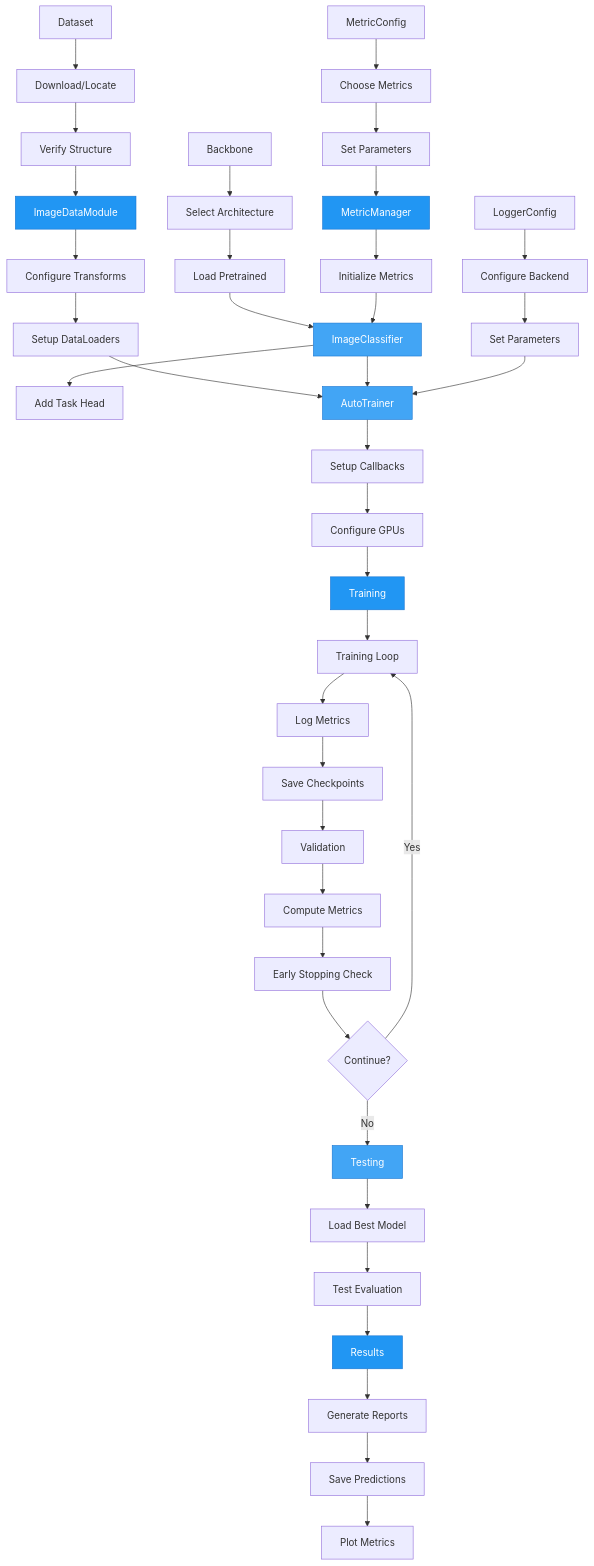
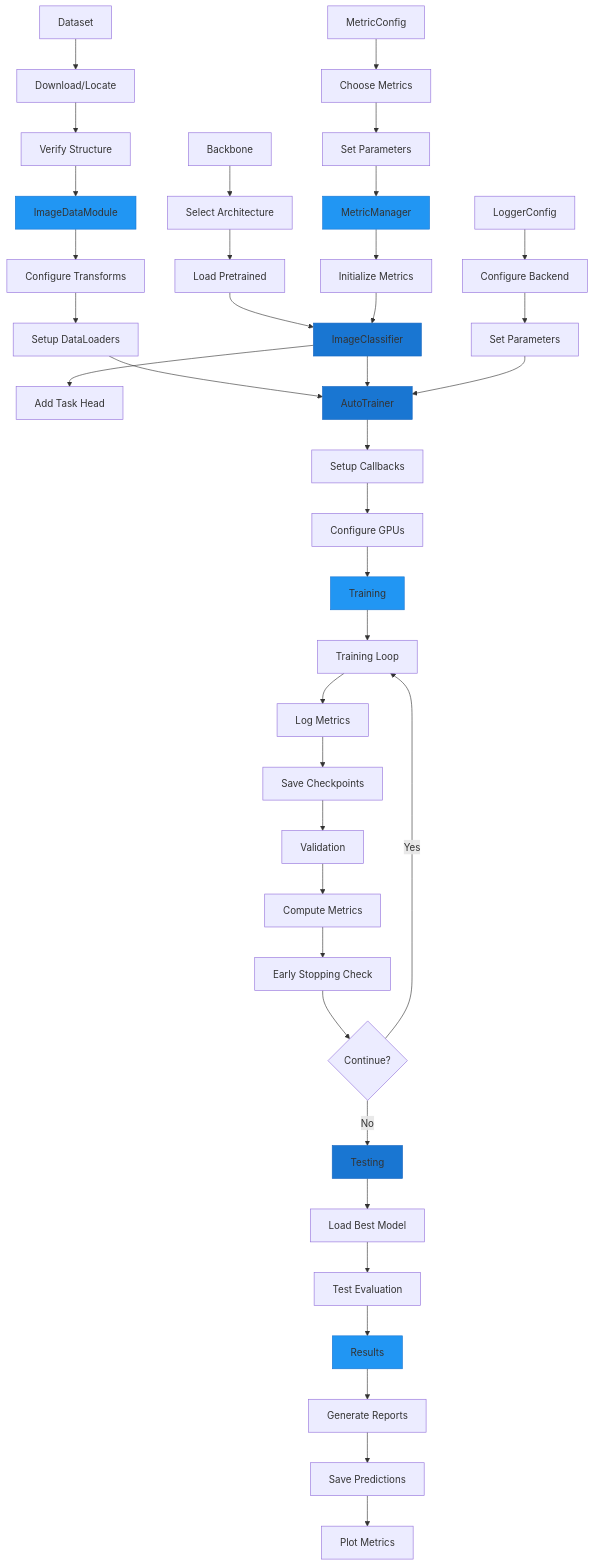
Before and after one commit to theja-vanka/AutoTimm: the diagram in docs/examples/tasks/classification.md, drawn with Mermaid. The commit also changed 37 other files, not shown here.

````diff
--- a/docs/examples/tasks/classification.md
+++ b/docs/examples/tasks/classification.md
@@ -7,55 +7,55 @@
 ```mermaid
 graph TD
     A[Dataset] --> A1[Download/Locate]
     A1 --> A2[Verify Structure]
     A2 --> B[ImageDataModule]
     B --> B1[Configure Transforms]
     B1 --> B2[Setup DataLoaders]
     
     C[Backbone] --> C1[Select Architecture]
     C1 --> C2[Load Pretrained]
     C2 --> D[ImageClassifier]
     D --> D1[Add Task Head]
     
     E[MetricConfig] --> E1[Choose Metrics]
     E1 --> E2[Set Parameters]
     E2 --> F[MetricManager]
     F --> F1[Initialize Metrics]
     F1 --> D
     
     B2 --> G[AutoTrainer]
     D --> G
     H[LoggerConfig] --> H1[Configure Backend]
     H1 --> H2[Set Parameters]
     H2 --> G
     
     G --> G1[Setup Callbacks]
     G1 --> G2[Configure GPUs]
     G2 --> I[Training]
     
     I --> I1[Training Loop]
     I1 --> I2[Log Metrics]
     I2 --> I3[Save Checkpoints]
     I3 --> J[Validation]
     
     J --> J1[Compute Metrics]
     J1 --> J2[Early Stopping Check]
     J2 --> J3{Continue?}
     J3 -->|Yes| I1
     J3 -->|No| K[Testing]
     
     K --> K1[Load Best Model]
     K1 --> K2[Test Evaluation]
     K2 --> L[Results]
     L --> L1[Generate Reports]
     L1 --> L2[Save Predictions]
     L2 --> L3[Plot Metrics]
     
-    style B fill:#2196F3,stroke:#1976D2,color:#fff
-    style D fill:#42A5F5,stroke:#1976D2,color:#fff
-    style F fill:#2196F3,stroke:#1976D2,color:#fff
-    style G fill:#42A5F5,stroke:#1976D2,color:#fff
-    style I fill:#2196F3,stroke:#1976D2,color:#fff
-    style K fill:#42A5F5,stroke:#1976D2,color:#fff
-    style L fill:#2196F3,stroke:#1976D2,color:#fff
+    style B fill:#2196F3,stroke:#1976D2
+    style D fill:#1976D2,stroke:#1565C0
+    style F fill:#2196F3,stroke:#1976D2
+    style G fill:#1976D2,stroke:#1565C0
+    style I fill:#2196F3,stroke:#1976D2
+    style K fill:#1976D2,stroke:#1565C0
+    style L fill:#2196F3,stroke:#1976D2
 ```
````
